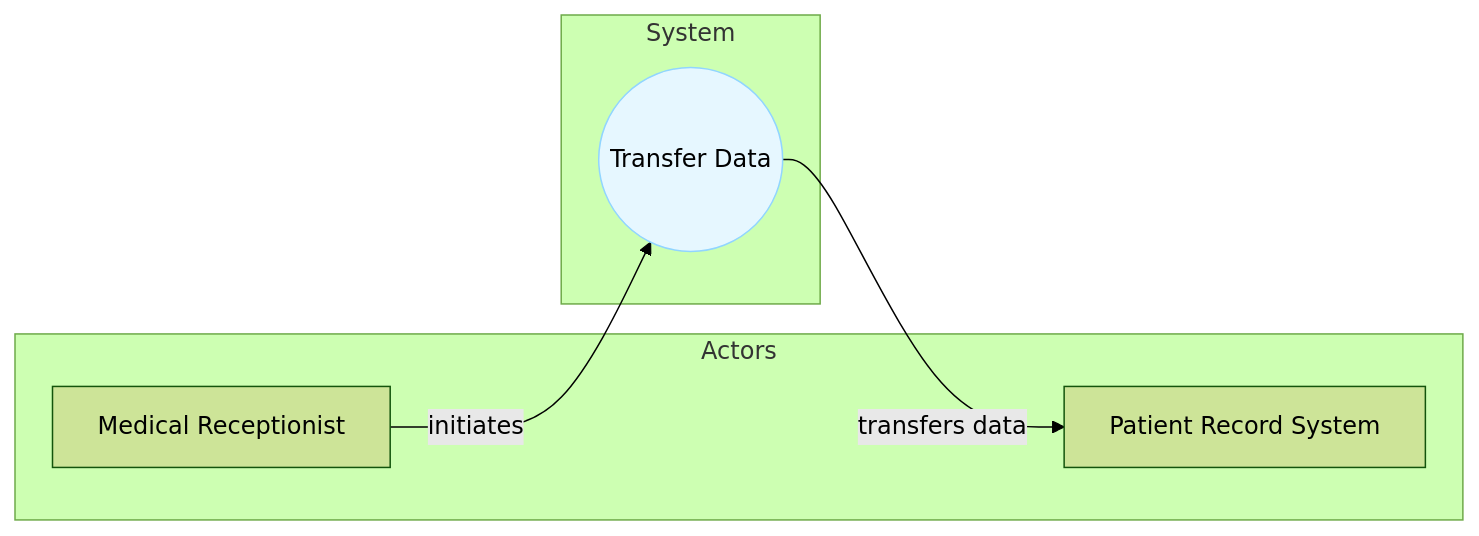
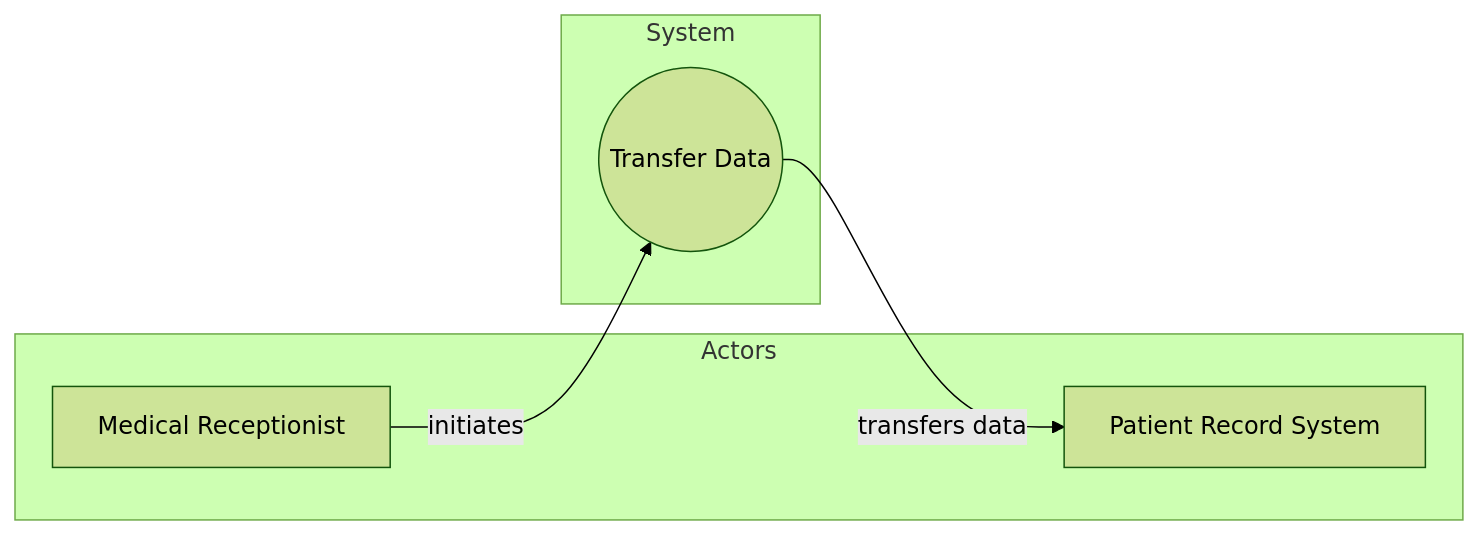
Before and after one commit to sujith-eag/sujith-library: the first of 3 diagrams in docs/mca/se/u21/u3.md, drawn with Mermaid (forest theme). The commit also changed other lines of this file and 41 other files, not shown here.

First line of the commit message:
Refactor diagrams and remove redundant styles in documentation

````diff
--- a/docs/mca/se/u21/u3.md
+++ b/docs/mca/se/u21/u3.md
@@ -62,16 +62,14 @@
 ```mermaid
 graph LR
     subgraph Actors
         MR[Medical Receptionist]
         PRS[Patient Record System]
     end
 
     subgraph System
         TD((Transfer Data))
     end
 
     MR -- initiates --> TD
     TD -- transfers data --> PRS
-    
-    style TD fill:#e6f7ff,stroke:#91d5ff
 ```
````
